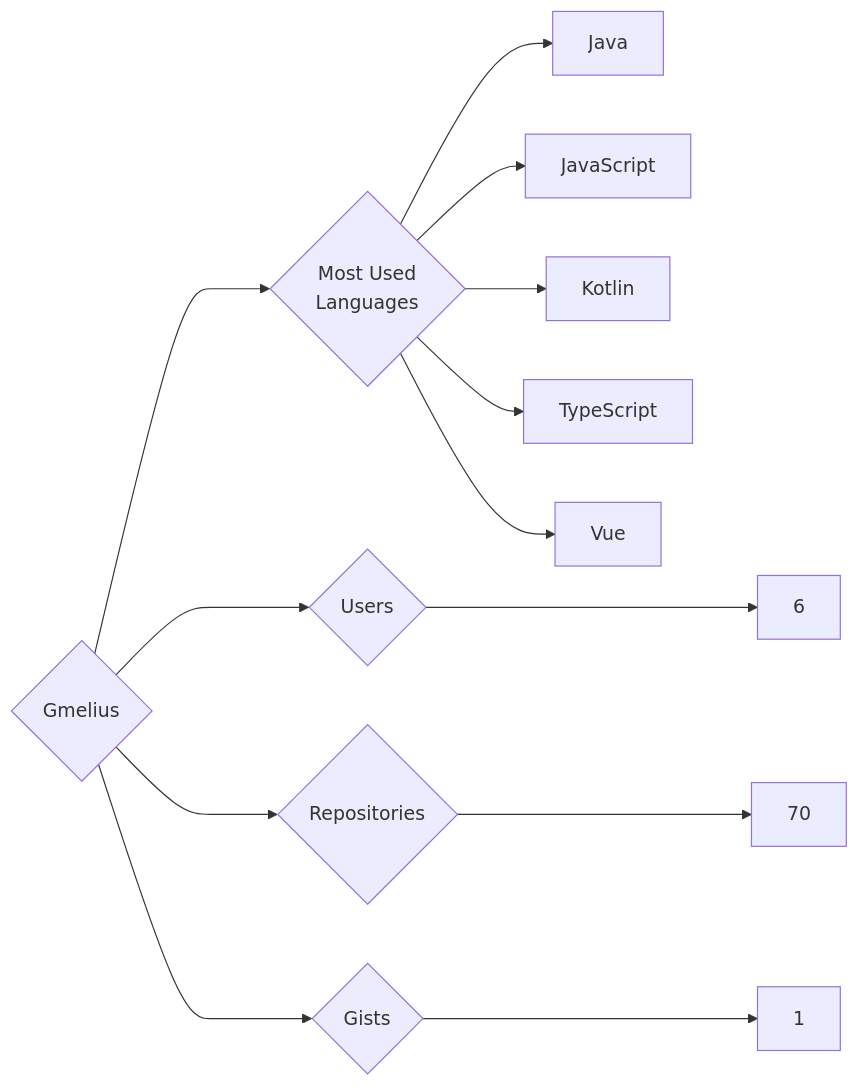
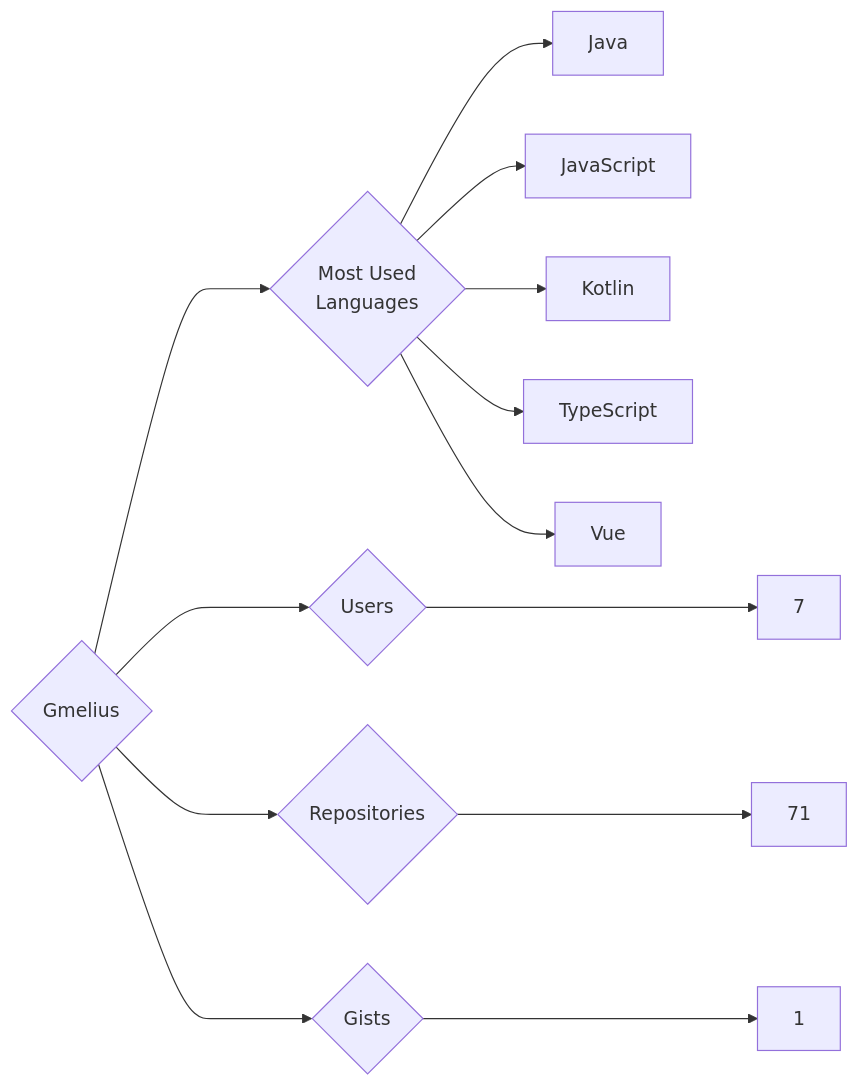
One commit to trickest/insiders changed the diagram in targets/Gmelius/README.md. Above: the diagram before and after it, drawn with Mermaid. The commit also changed 845 other files, not shown here.

````diff
--- a/targets/Gmelius/README.md
+++ b/targets/Gmelius/README.md
@@ -3,13 +3,13 @@
 ```mermaid
 graph LR
 COMPANY_NAME{Gmelius}
-COMPANY_NAME ---> U{Users} ---> UN[6]
-COMPANY_NAME ---> R{Repositories} ---> RN[70]
+COMPANY_NAME ---> U{Users} ---> UN[7]
+COMPANY_NAME ---> R{Repositories} ---> RN[71]
 COMPANY_NAME ---> G{Gists} ---> GN[1]
 COMPANY_NAME ---> ML{Most Used<br>Languages}
 ML --> Java[Java]
 ML --> JavaScript[JavaScript]
 ML --> Kotlin[Kotlin]
 ML --> TypeScript[TypeScript]
 ML --> Vue[Vue]
 ```
````
